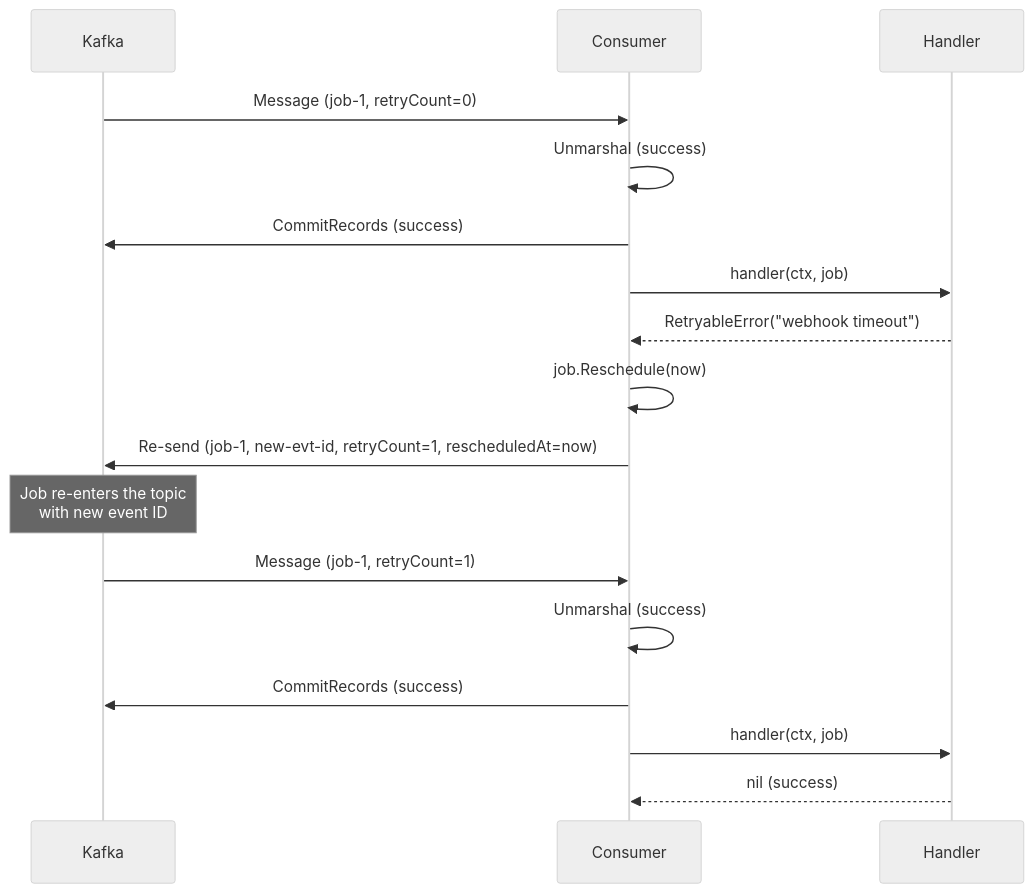
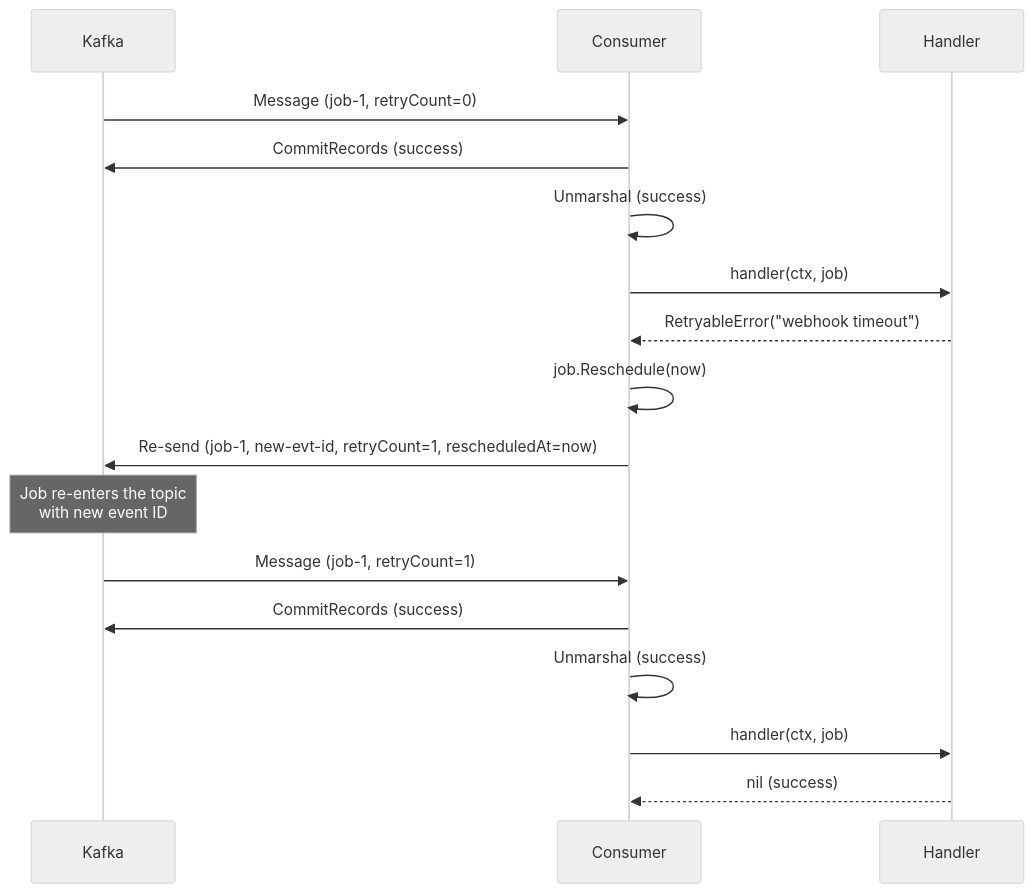
The fourth of 10 diagrams in kafka/README.md (matmazurk/oidc-keepie), drawn with Mermaid (neutral theme) before and after one commit. The commit also changed other lines of this file and 1 other file, not shown here.

Commit message:
commit offset at the very beginning

````diff
--- a/kafka/README.md
+++ b/kafka/README.md
@@ -127,21 +121,21 @@
 ```mermaid
 sequenceDiagram
     participant Kafka
     participant Consumer
     participant Handler
 
     Kafka->>Consumer: Message (job-1, retryCount=0)
+    Consumer->>Kafka: CommitRecords (success)
     Consumer->>Consumer: Unmarshal (success)
-    Consumer->>Kafka: CommitRecords (success)
     Consumer->>Handler: handler(ctx, job)
     Handler-->>Consumer: RetryableError("webhook timeout")
     Consumer->>Consumer: job.Reschedule(now)
     Consumer->>Kafka: Re-send (job-1, new-evt-id, retryCount=1, rescheduledAt=now)
     Note over Kafka: Job re-enters the topic<br/>with new event ID
 
     Kafka->>Consumer: Message (job-1, retryCount=1)
+    Consumer->>Kafka: CommitRecords (success)
     Consumer->>Consumer: Unmarshal (success)
-    Consumer->>Kafka: CommitRecords (success)
     Consumer->>Handler: handler(ctx, job)
     Handler-->>Consumer: nil (success)
 ```
````
